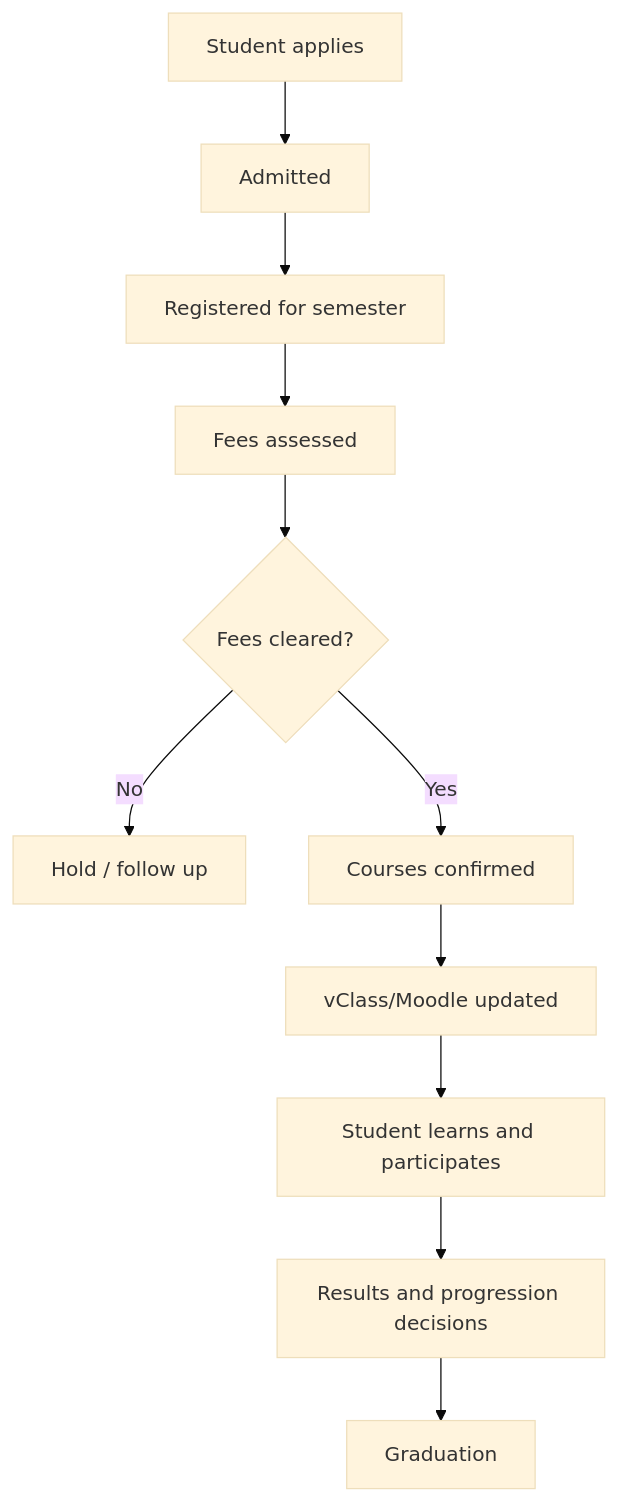
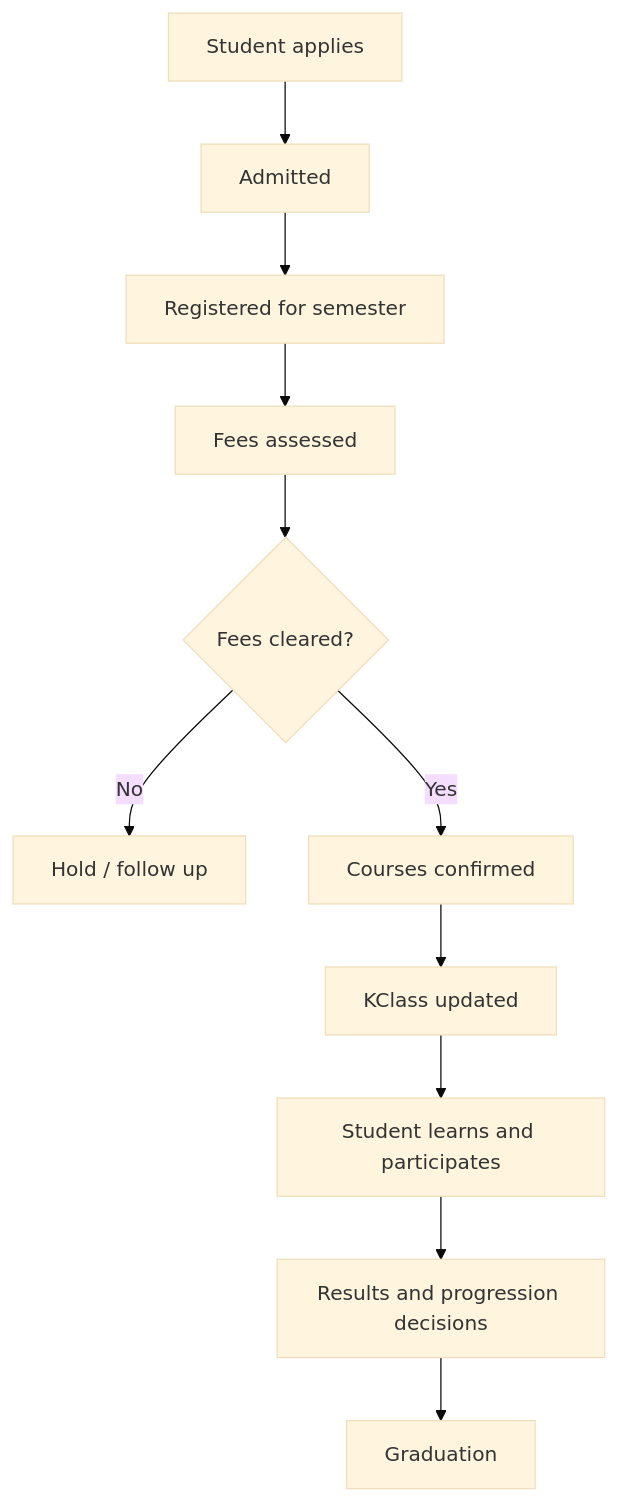
One commit to Iranks20/university-mgt-system-frontend changed the fourth of 6 diagrams in docs/FLOW_OVERVIEW_README.md. Above: the diagram before and after it, drawn with Mermaid (base theme). The commit also changed other lines of this file, not shown here.

````diff
--- a/docs/FLOW_OVERVIEW_README.md
+++ b/docs/FLOW_OVERVIEW_README.md
@@ -167,13 +167,13 @@
 ```mermaid
 flowchart TD
   A[Student applies] --> B[Admitted]
   B --> C[Registered for semester]
   C --> D[Fees assessed]
   D --> E{Fees cleared?}
   E -- No --> F[Hold / follow up]
   E -- Yes --> G[Courses confirmed]
-  G --> H[vClass/Moodle updated]
+  G --> H[KClass updated]
   H --> I[Student learns and participates]
   I --> J[Results and progression decisions]
   J --> K[Graduation]
 ```
````
